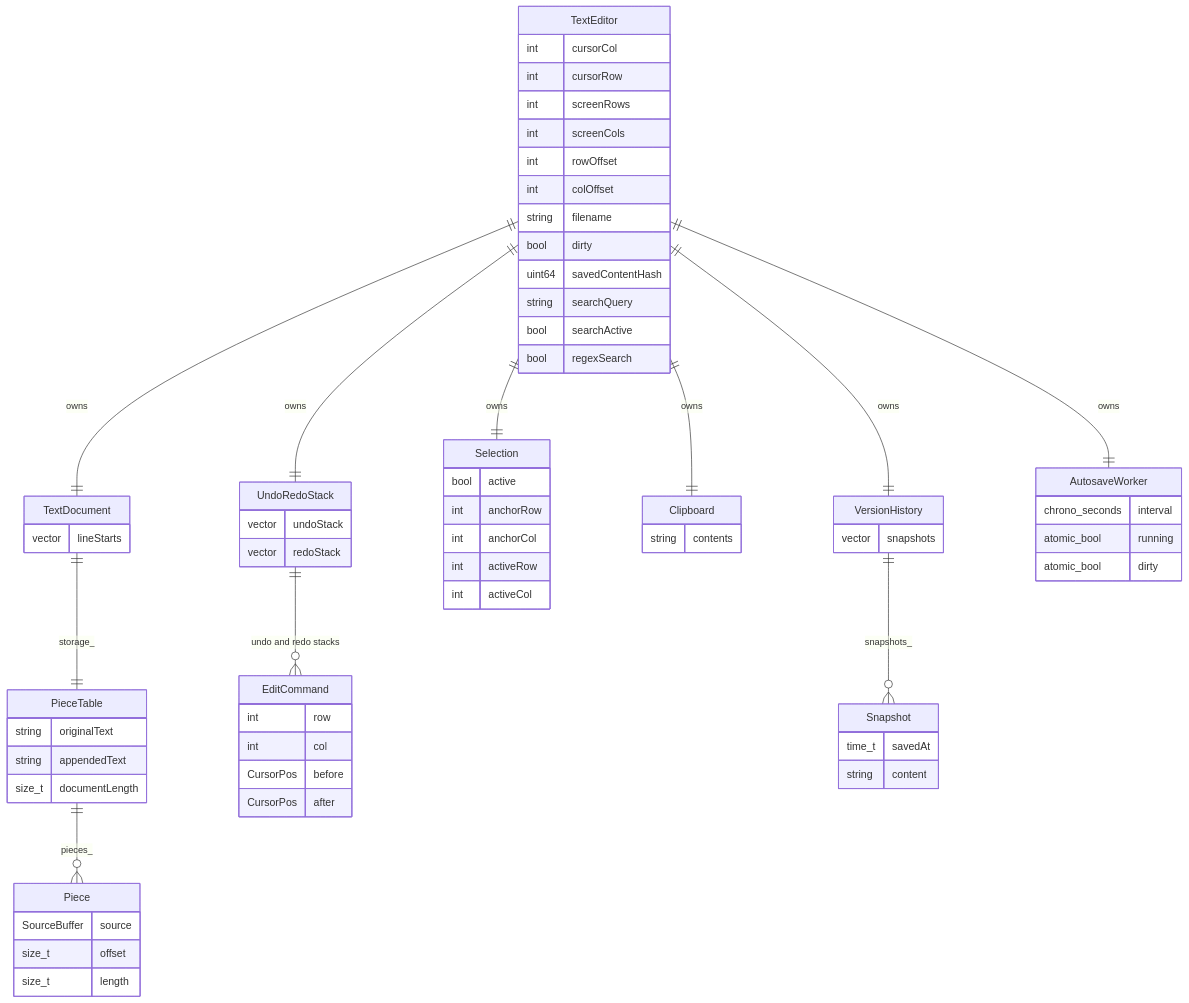
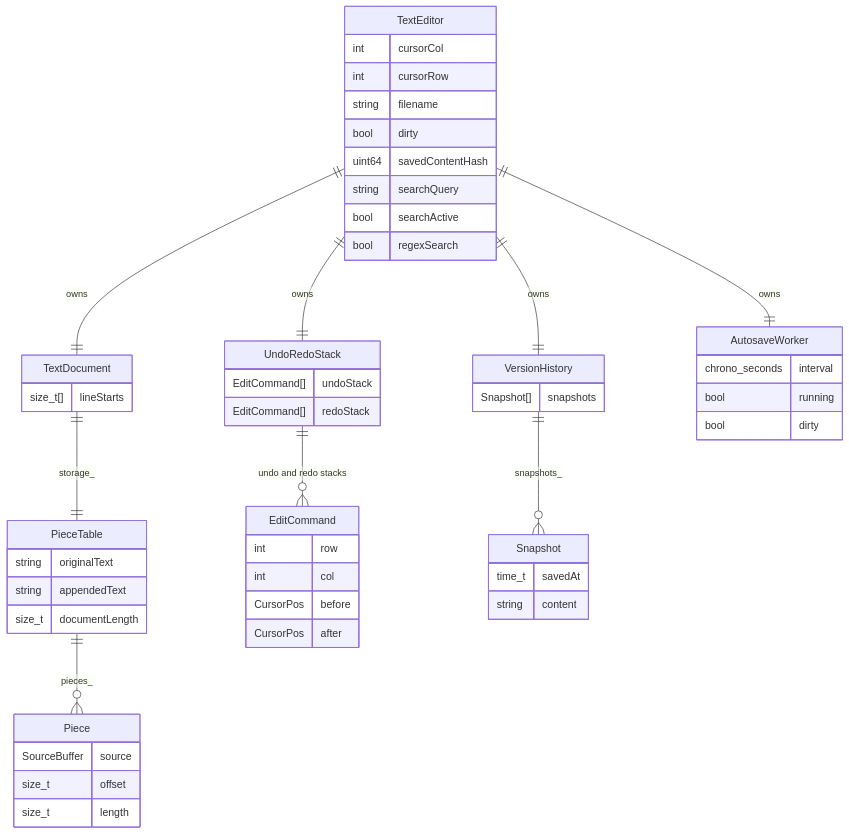
One commit to PRADEEPERIYASAMY/piecetable-editor changed the third of 10 diagrams in README.md. Above: the diagram before and after it, drawn with Mermaid. The commit also changed other lines of this file, not shown here.

Commit message:
docs: Trim to 10 essential diagrams with color theming

````diff
--- a/README.md
+++ b/README.md
@@ -494,73 +415,58 @@
 ```mermaid
+%%{init: {'theme': 'default'}}%%
 erDiagram
     TextEditor {
         int cursorCol
         int cursorRow
-        int screenRows
-        int screenCols
-        int rowOffset
-        int colOffset
         string filename
         bool dirty
         uint64 savedContentHash
         string searchQuery
         bool searchActive
         bool regexSearch
     }
     TextDocument {
-        vector lineStarts
+        size_t[] lineStarts
     }
     PieceTable {
         string originalText
         string appendedText
         size_t documentLength
     }
     Piece {
         SourceBuffer source
         size_t offset
         size_t length
     }
     UndoRedoStack {
-        vector undoStack
-        vector redoStack
+        EditCommand[] undoStack
+        EditCommand[] redoStack
     }
     EditCommand {
         int row
         int col
         CursorPos before
         CursorPos after
     }
-    Selection {
-        bool active
-        int anchorRow
-        int anchorCol
-        int activeRow
-        int activeCol
-    }
-    Clipboard {
-        string contents
-    }
     VersionHistory {
-        vector snapshots
+        Snapshot[] snapshots
     }
     Snapshot {
         time_t savedAt
         string content
     }
     AutosaveWorker {
         chrono_seconds interval
-        atomic_bool running
-        atomic_bool dirty
+        bool running
+        bool dirty
     }
 
     TextEditor ||--|| TextDocument : "owns"
     TextEditor ||--|| UndoRedoStack : "owns"
-    TextEditor ||--|| Selection : "owns"
-    TextEditor ||--|| Clipboard : "owns"
     TextEditor ||--|| VersionHistory : "owns"
     TextEditor ||--|| AutosaveWorker : "owns"
     TextDocument ||--|| PieceTable : "storage_"
     PieceTable ||--o{ Piece : "pieces_"
     UndoRedoStack ||--o{ EditCommand : "undo and redo stacks"
     VersionHistory ||--o{ Snapshot : "snapshots_"
 ```
````
